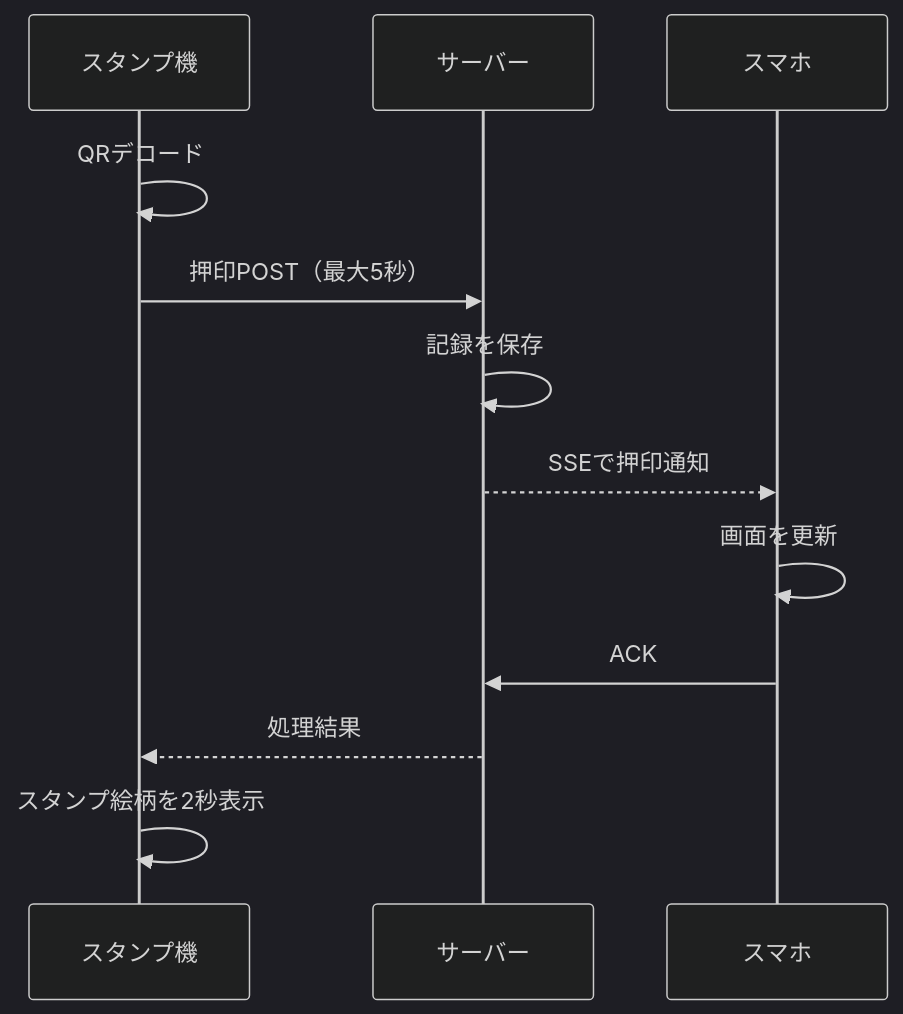
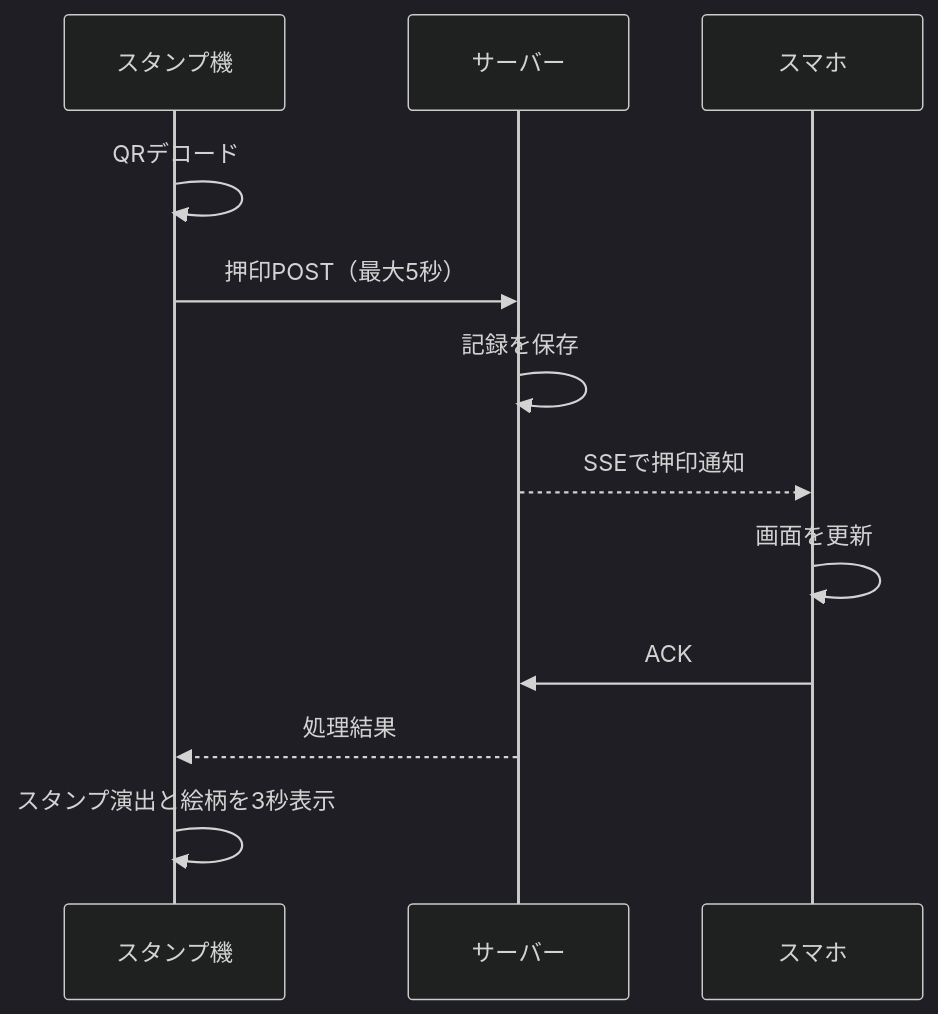
The third of 3 diagrams in docs/spec.md (Shun523/HCD-Stamp-Rally-2026), drawn with Mermaid (dark theme) before and after one commit. The commit also changed other lines of this file and 1 other file, not shown here.

````diff
--- a/docs/spec.md
+++ b/docs/spec.md
@@ -302,14 +311,14 @@
 ```mermaid
 sequenceDiagram
   participant D as スタンプ機
   participant S as サーバー
   participant P as スマホ
   D->>D: QRデコード
   D->>S: 押印POST（最大5秒）
   S->>S: 記録を保存
   S-->>P: SSEで押印通知
   P->>P: 画面を更新
   P->>S: ACK
   S-->>D: 処理結果
-  D->>D: スタンプ絵柄を2秒表示
+  D->>D: スタンプ演出と絵柄を3秒表示
 ```
````
